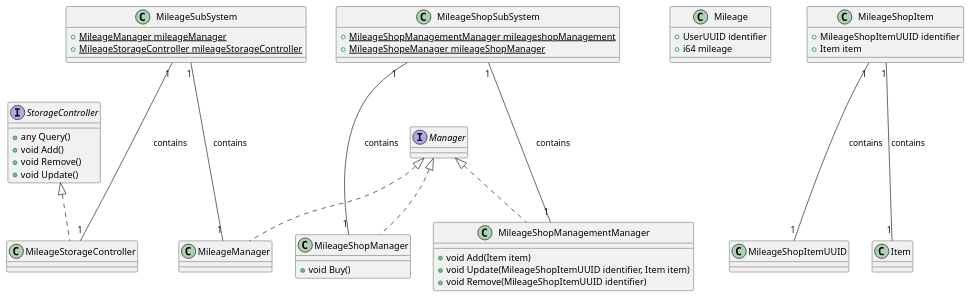
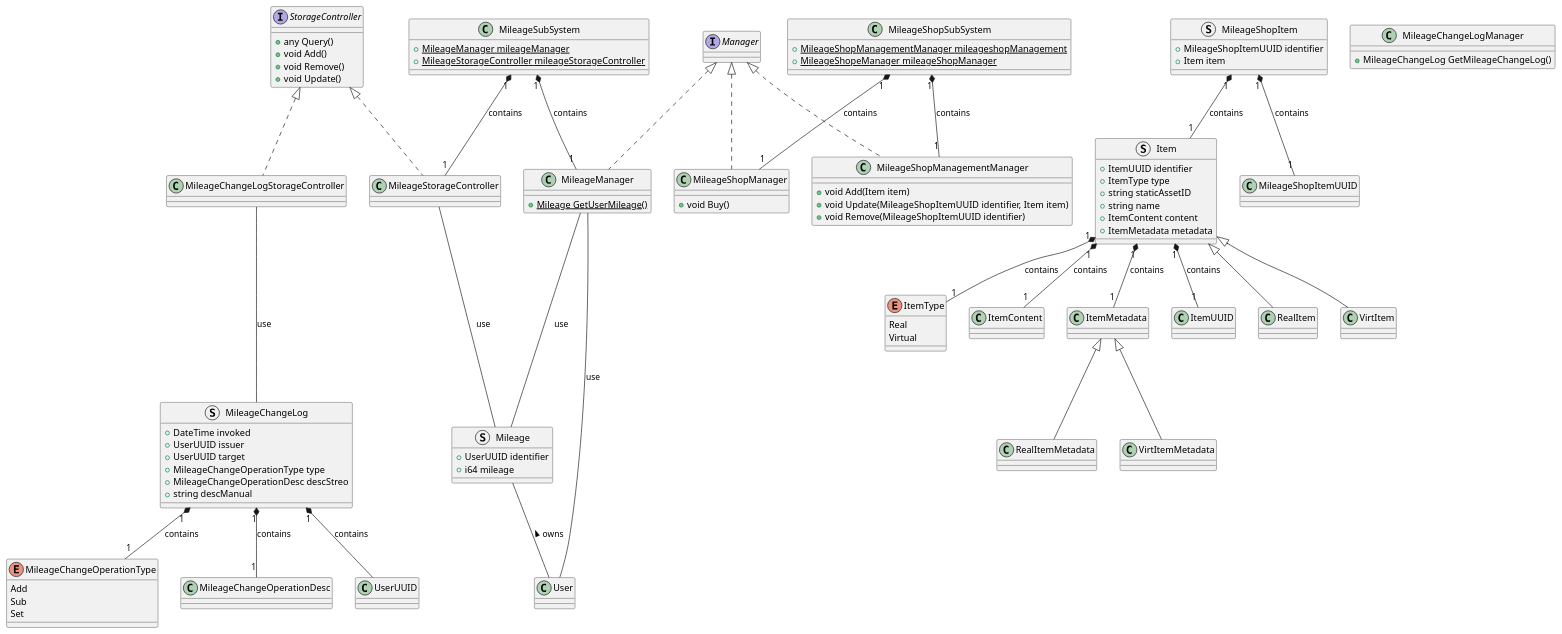
The diagram in src/Mileage.puml (ShapeLayer/se-lecture-task__project-structure-definitions), drawn with PlantUML before and after one commit. The commit also changed 20 other files, not shown here.

```diff
--- a/src/Mileage.puml
+++ b/src/Mileage.puml
@@ -1,57 +1,118 @@
 @startuml
+' Commons
 Interface Manager
 Interface StorageController {
     + any Query()
     + void Add()
     + void Remove()
     + void Update()
 }
 
-class Mileage {
+enum ItemType {
+    Real
+    Virtual
+}
+
+class ItemContent {}
+class ItemMetadata {}
+class RealItemMetadata extends ItemMetadata {}
+class VirtItemMetadata extends ItemMetadata {}
+
+struct Item {
+    + ItemUUID identifier
+    + ItemType type
+    + string staticAssetID
+    + string name
+    + ItemContent content
+    + ItemMetadata metadata
+}
+
+Item "1" *-- "1" ItemUUID : contains
+Item "1" *-- "1" ItemType : contains
+Item "1" *-- "1" ItemContent : contains
+Item "1" *-- "1" ItemMetadata : contains
+
+class RealItem extends Item {}
+class VirtItem extends Item {}
+
+struct Mileage {
     + UserUUID identifier
     + i64 mileage
 }
 
-class MileageShopItem {
-    + MileageShopItemUUID identifier
-    + Item item
-}
-
-MileageShopItem "1" --- "1" MileageShopItemUUID : contains
-MileageShopItem "1" --- "1" Item : contains
+Mileage -- User : < owns
 
 ' Mileage SubSystem
 
-class MileageManager implements Manager {
+enum MileageChangeOperationType {
+    Add
+    Sub
+    Set
 }
 
-class MileageStorageController implements StorageController{
+class MileageChangeOperationDesc {}
+
+struct MileageChangeLog {
+    + DateTime invoked
+    + UserUUID issuer
+    + UserUUID target
+    + MileageChangeOperationType type
+    + MileageChangeOperationDesc descStreo
+    + string descManual
 }
+
+MileageChangeLog "1" *-- UserUUID : contains
+MileageChangeLog "1" *-- "1" MileageChangeOperationType : contains
+MileageChangeLog "1" *-- "1" MileageChangeOperationDesc : contains
+
+class MileageManager implements Manager {
+    + {static} Mileage GetUserMileage()
+}
+
+MileageManager --- User : use
+MileageManager --- Mileage : use
+
+class MileageChangeLogManager {
+    + MileageChangeLog GetMileageChangeLog()
+}
+
+class MileageChangeLogStorageController implements StorageController {}
+MileageChangeLogStorageController --- MileageChangeLog : use
+
+class MileageStorageController implements StorageController{}
+MileageStorageController --- Mileage : use
 
 class MileageSubSystem {
     + {static} MileageManager mileageManager
     + {static} MileageStorageController mileageStorageController
 }
 
-MileageSubSystem "1" --- "1" MileageManager : contains
-MileageSubSystem "1" --- "1" MileageStorageController : contains
+MileageSubSystem "1" *-- "1" MileageManager : contains
+MileageSubSystem "1" *-- "1" MileageStorageController : contains
 
 ' MileageShop SubSystem
+struct MileageShopItem {
+    + MileageShopItemUUID identifier
+    + Item item
+}
+
+MileageShopItem "1" *-- "1" MileageShopItemUUID : contains
+MileageShopItem "1" *-- "1" Item : contains
 
 class MileageShopManager implements Manager {
     + void Buy()
 }
 
 class MileageShopManagementManager implements Manager {
     + void Add(Item item)
     + void Update(MileageShopItemUUID identifier, Item item)
     + void Remove(MileageShopItemUUID identifier)
 }
 
 class MileageShopSubSystem {
     + {static} MileageShopManagementManager mileageshopManagement
     + {static} MileageShopeManager mileageShopManager
 }
-MileageShopSubSystem "1" --- "1" MileageShopManagementManager : contains
-MileageShopSubSystem "1" --- "1" MileageShopManager : contains
+MileageShopSubSystem "1" *-- "1" MileageShopManagementManager : contains
+MileageShopSubSystem "1" *-- "1" MileageShopManager : contains
 @enduml
```
